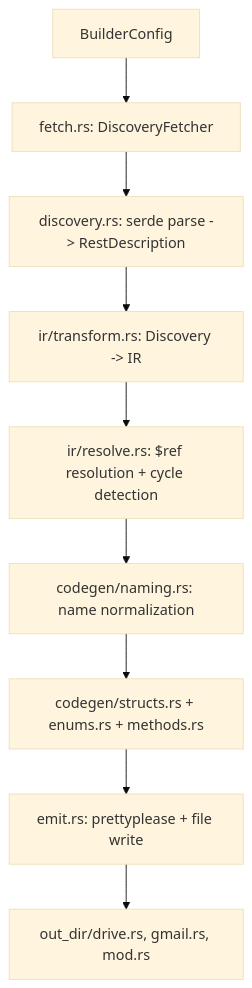
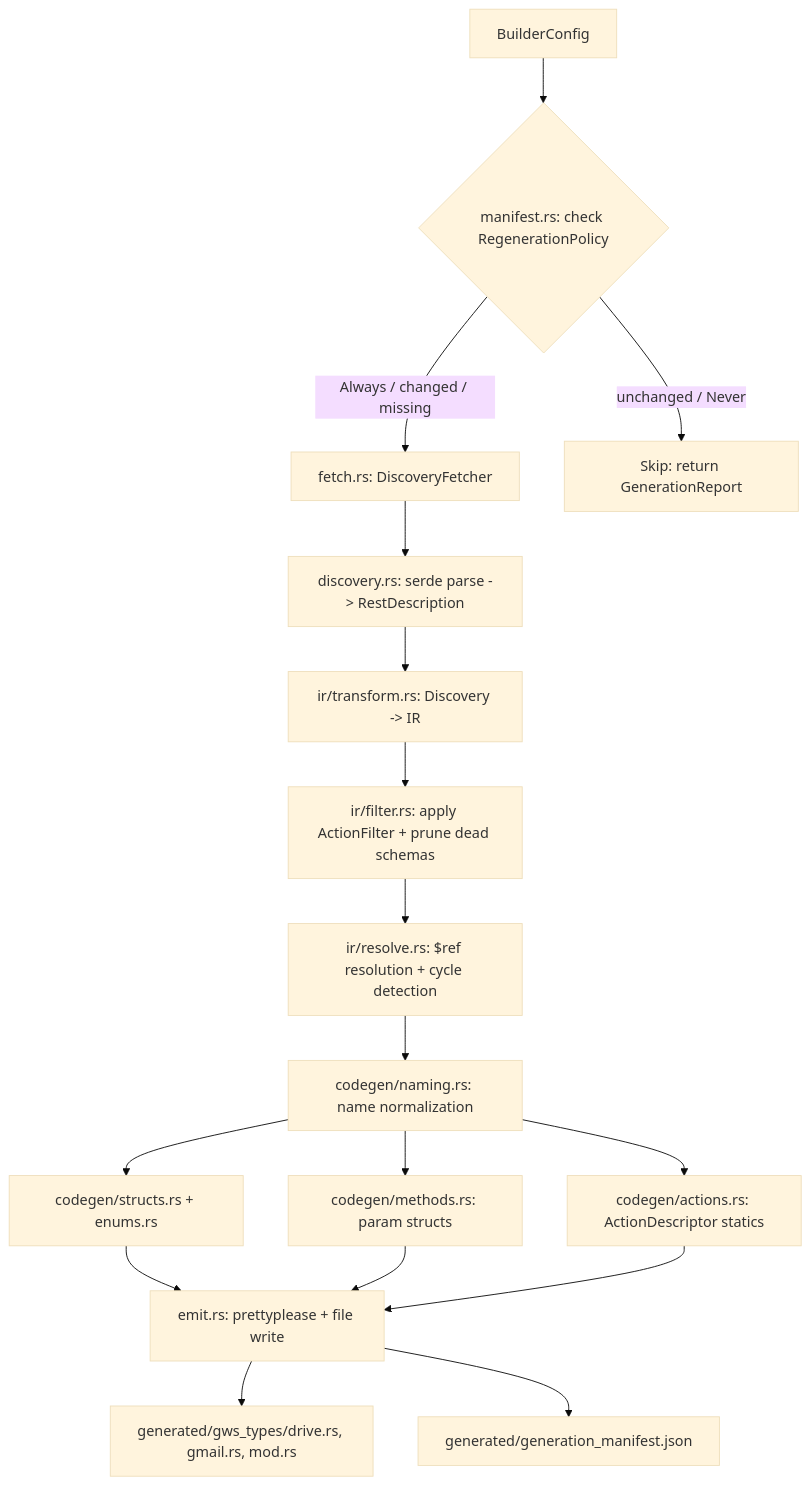
One commit to janpauldahlke/gws-builder changed the first of 2 diagrams in docs/BUILD_PLAN.md. Above: the diagram before and after it, drawn with Mermaid (base theme). The commit also changed other lines of this file, not shown here.

````diff
--- a/docs/BUILD_PLAN.md
+++ b/docs/BUILD_PLAN.md
@@ -468,11 +786,19 @@
 ```mermaid
 flowchart TD
-    A["BuilderConfig"] --> B["fetch.rs: DiscoveryFetcher"]
-    B --> C["discovery.rs: serde parse -> RestDescription"]
-    C --> D["ir/transform.rs: Discovery -> IR"]
-    D --> E["ir/resolve.rs: $ref resolution + cycle detection"]
-    E --> F["codegen/naming.rs: name normalization"]
-    F --> G["codegen/structs.rs + enums.rs + methods.rs"]
-    G --> H["emit.rs: prettyplease + file write"]
-    H --> I["out_dir/drive.rs, gmail.rs, mod.rs"]
+    A["BuilderConfig"] --> B{"manifest.rs: check RegenerationPolicy"}
+    B -->|"Always / changed / missing"| C["fetch.rs: DiscoveryFetcher"]
+    B -->|"unchanged / Never"| SKIP["Skip: return GenerationReport"]
+    C --> D["discovery.rs: serde parse -> RestDescription"]
+    D --> E["ir/transform.rs: Discovery -> IR"]
+    E --> F["ir/filter.rs: apply ActionFilter + prune dead schemas"]
+    F --> G["ir/resolve.rs: $ref resolution + cycle detection"]
+    G --> H["codegen/naming.rs: name normalization"]
+    H --> I["codegen/structs.rs + enums.rs"]
+    H --> J["codegen/methods.rs: param structs"]
+    H --> K["codegen/actions.rs: ActionDescriptor statics"]
+    I --> L["emit.rs: prettyplease + file write"]
+    J --> L
+    K --> L
+    L --> M["generated/gws_types/drive.rs, gmail.rs, mod.rs"]
+    L --> N["generated/generation_manifest.json"]
 ```
````
